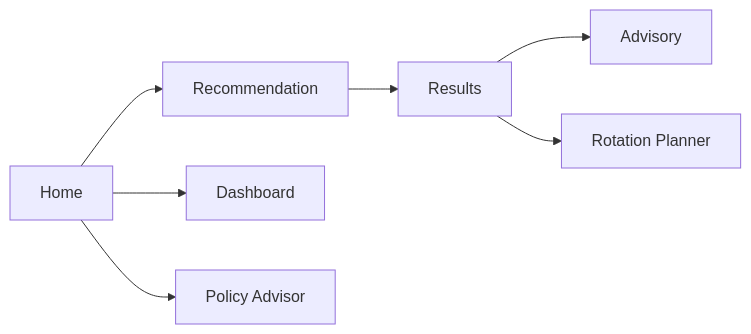
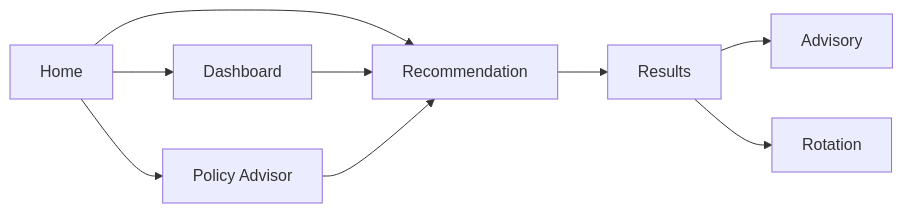
One commit to SAMxENGINEER/ALL_DOCUMENTATIONS- changed the sixth of 7 diagrams in docs/Projects/FasalMitra/03-user-journeys.md. Above: the diagram before and after it, drawn with Mermaid. The commit also changed other lines of this file and 4 other files, not shown here.

Commit message:
refactor: enhance FasalMitra documentation with detailed user journeys, service contracts, and architectural insights

````diff
--- a/docs/Projects/FasalMitra/03-user-journeys.md
+++ b/docs/Projects/FasalMitra/03-user-journeys.md
@@ -67,9 +125,13 @@
 ```mermaid
 graph LR
     H[Home] --> R[Recommendation]
     H --> D[Dashboard]
     H --> P[Policy Advisor]
+
     R --> RS[Results]
     RS --> A[Advisory]
-    RS --> RP[Rotation Planner]
+    RS --> ROT[Rotation]
+
+    D --> R
+    P --> R
 ```
````
